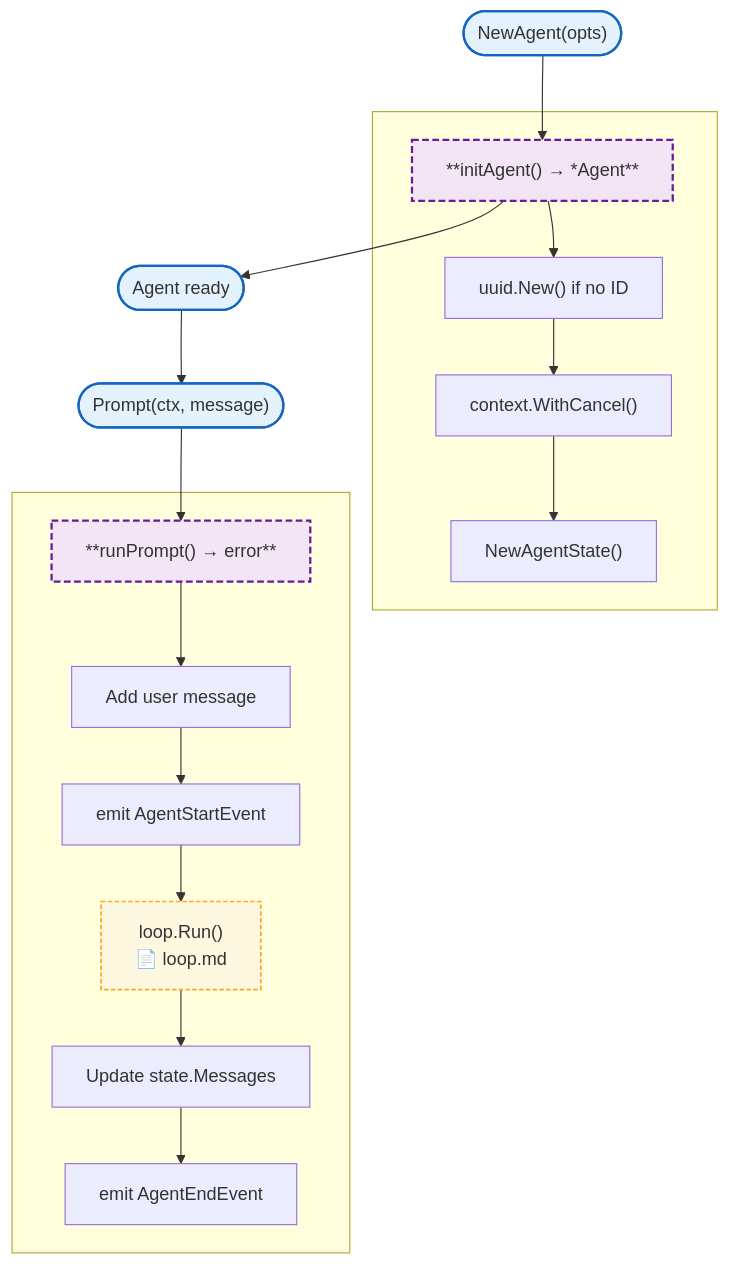
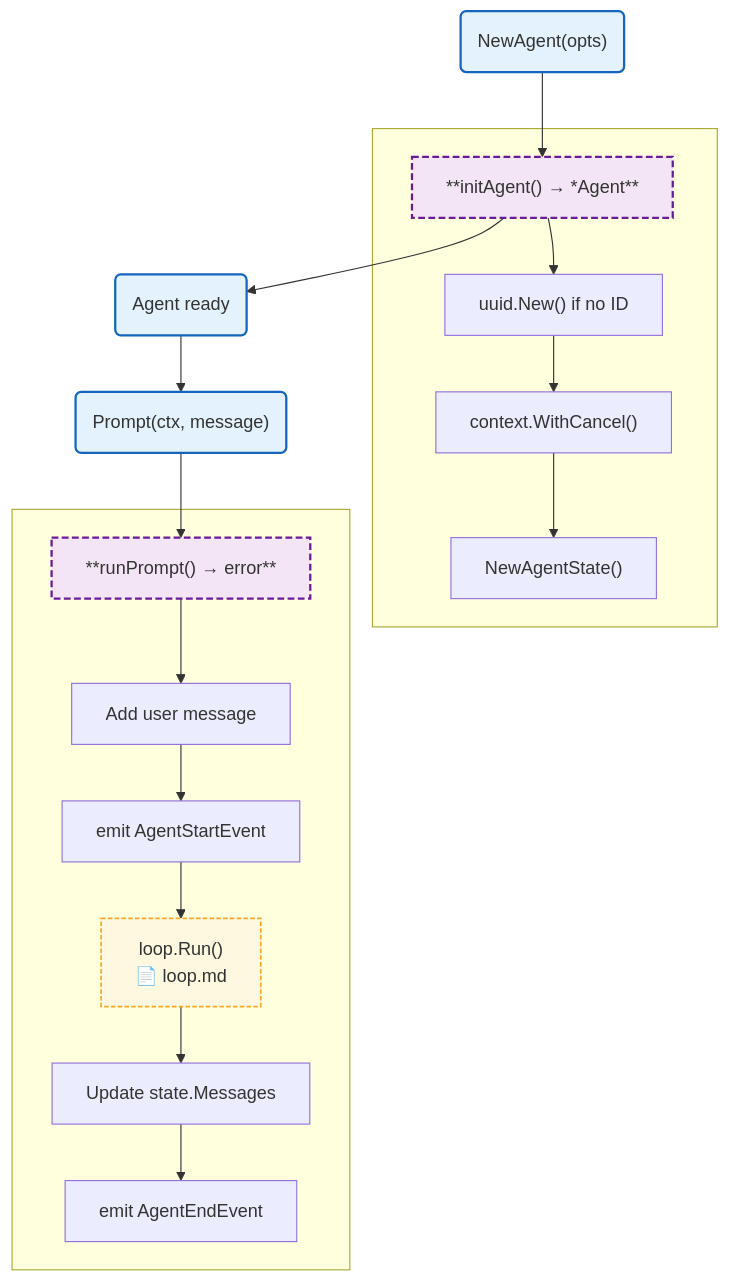
Before and after one commit to radch-ai/ava: the diagram in docs/internal/agent/README.md, drawn with Mermaid. The commit also changed 24 other files, not shown here.

First line of the commit message:
fix(docs): fix mermaid syntax errors in all diagrams

````diff
--- a/docs/internal/agent/README.md
+++ b/docs/internal/agent/README.md
@@ -7,33 +7,33 @@
 ```mermaid
 flowchart TB
-    Start(["NewAgent(opts)"]) --> HInit
+    Start("NewAgent(opts)") --> HInit
 
     subgraph SGInit [" "]
         HInit["**initAgent() → *Agent**"]
         HInit --> GenID["uuid.New() if no ID"]
         GenID --> CreateCtx["context.WithCancel()"]
         CreateCtx --> NewState["NewAgentState()"]
     end
 
-    HInit --> AgentReady(["Agent ready"])
-    AgentReady --> Prompt(["Prompt(ctx, message)"])
+    HInit --> AgentReady("Agent ready")
+    AgentReady --> Prompt("Prompt(ctx, message)")
     Prompt --> HPrompt
 
     subgraph SGPrompt [" "]
         HPrompt["**runPrompt() → error**"]
         HPrompt --> AddMsg["Add user message"]
         AddMsg --> EmitStart["emit AgentStartEvent"]
         EmitStart --> RunLoop["loop.Run()
         📄 loop.md"]
         RunLoop --> UpdateState["Update state.Messages"]
         UpdateState --> EmitEnd["emit AgentEndEvent"]
     end
 
     classDef mainFn fill:#e3f2fd,stroke:#1565c0,stroke-width:2px
     classDef internalFn fill:#f3e5f5,stroke:#6a1b9a,stroke-width:2px,stroke-dasharray:6 3
     classDef localPkgs fill:#fff8e1,stroke:#f9a825,stroke-width:1.5px,stroke-dasharray:4 2
 
     class Start,AgentReady,Prompt mainFn
     class HInit,HPrompt internalFn
     class RunLoop localPkgs
 ```
````
